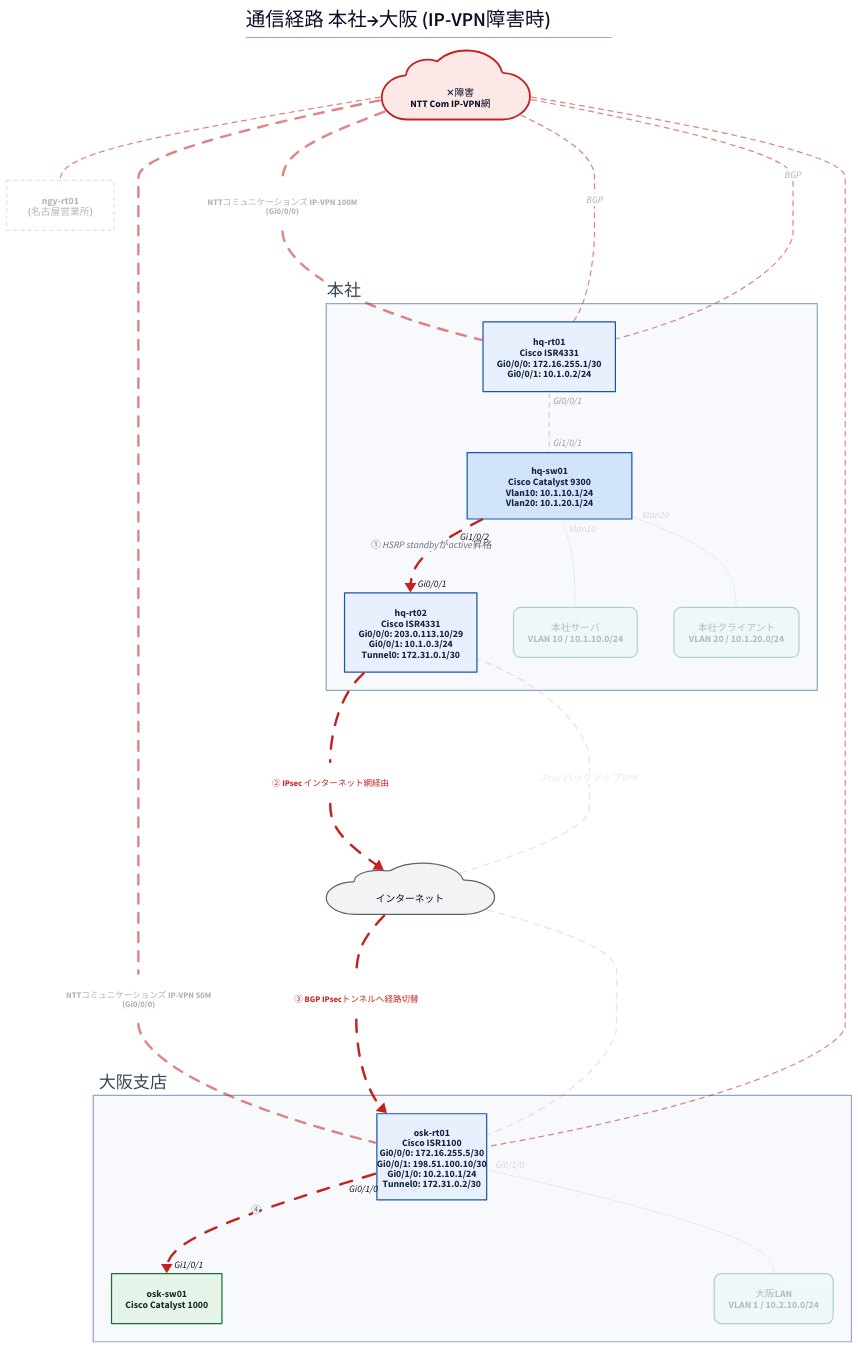
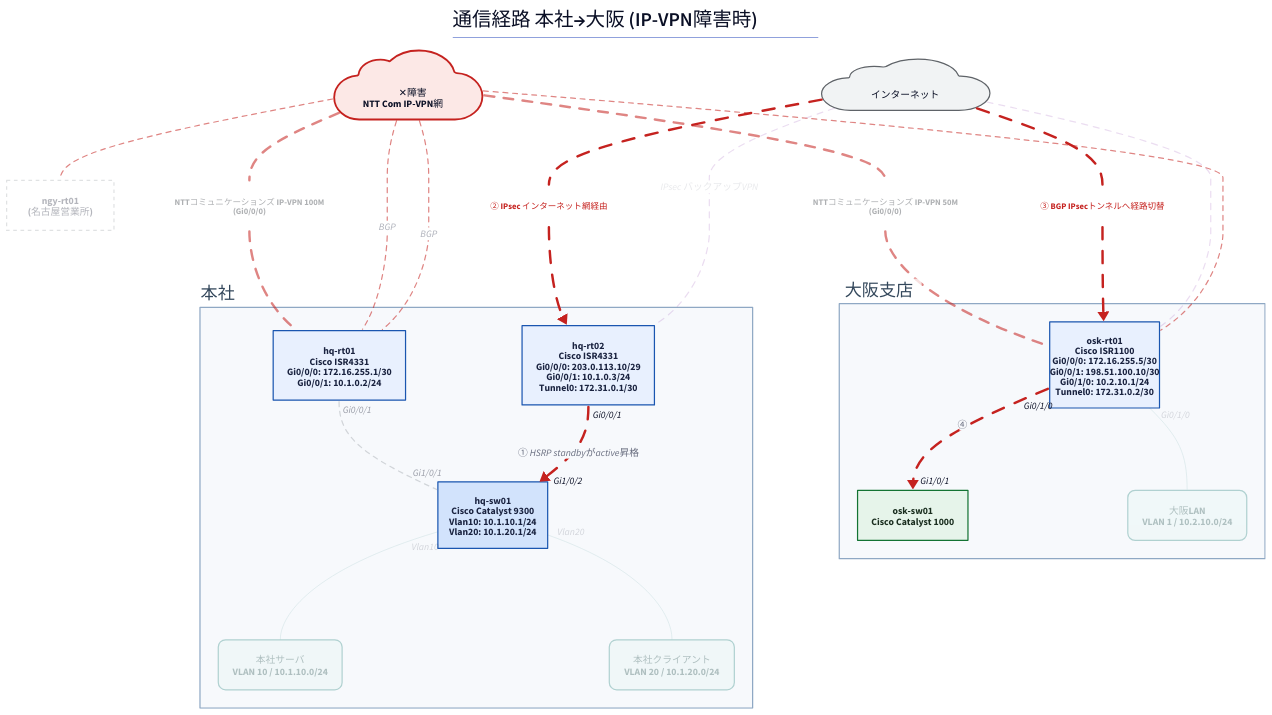
One commit to thinas1115/nwdsl changed the diagram in examples/sample-corp/generated/path-ipvpn-fail.d2. Above: the diagram before and after it, drawn with D2. The commit also changed 21 other files, not shown here.

First line of the commit message:
経路図の矢印反転がレイアウトの階層を壊す問題を修正

```diff
--- a/examples/sample-corp/generated/path-ipvpn-fail.d2
+++ b/examples/sample-corp/generated/path-ipvpn-fail.d2
@@ -1,70 +1,70 @@
 title: |md
   # 通信経路 本社→大阪 (IP-VPN障害時)
 | {near: top-center}
 direction: down
 
 classes: {
   role-router: {style.fill: "#e8f0fe"; style.stroke: "#1a56b0"; style.font-color: "#1a2340"}
   role-l3switch: {style.fill: "#d2e3fc"; style.stroke: "#1a56b0"; style.font-color: "#1a2340"}
   role-l2switch: {style.fill: "#e6f4ea"; style.stroke: "#137333"; style.font-color: "#1a2e1f"}
   role-firewall: {style.fill: "#fce8e6"; style.stroke: "#c5221f"; style.font-color: "#3c1a19"}
   role-other: {style.fill: "#f1f3f4"; style.stroke: "#5f6368"; style.font-color: "#202124"}
   node-cloud: {shape: cloud; style.fill: "#f1f3f4"; style.stroke: "#5f6368"}
   node-site: {style.fill: "#fff8e1"; style.stroke: "#b58105"; style.font-color: "#4a3a08"}
   node-segment: {style.fill: "#e2f5f0"; style.stroke: "#0f766e"; style.font-color: "#0b3d38"; style.border-radius: 12}
   node-external: {style.fill: "#ffffff"; style.stroke: "#9aa0a6"; style.stroke-dash: 3}
   group-site: {style.fill: "#f7f9fc"; style.stroke: "#8fa8c4"; style.font-color: "#33475b"}
   edge-label: {style.fill: "transparent"; style.stroke: "transparent"; style.font-size: 14; style.font-color: "#5f6368"; style.italic: true}
   edge-lan-cable: {style.stroke: "#4a4a4a"; style.stroke-width: 2}
   edge-wan-circuit: {style.stroke: "#1a73e8"; style.stroke-width: 4}
   edge-tunnel: {style.stroke: "#7b1fa2"; style.stroke-width: 2; style.stroke-dash: 5}
   edge-logical: {style.stroke: "#188038"; style.stroke-width: 2; style.stroke-dash: 3}
   edge-segment: {style.stroke: "#0f766e"; style.stroke-width: 1}
 }
 
 s_hq: "本社" {
   class: group-site
   label.near: outside-top-left
   n_hq_rt01: "hq-rt01\nCisco ISR4331\nGi0/0/0: 172.16.255.1/30\nGi0/0/1: 10.1.0.2/24" {class: role-router}
-  n_hq_sw01: "hq-sw01\nCisco Catalyst 9300\nVlan10: 10.1.10.1/24\nVlan20: 10.1.20.1/24" {class: role-l3switch; width: 270}
+  n_hq_sw01: "hq-sw01\nCisco Catalyst 9300\nVlan10: 10.1.10.1/24\nVlan20: 10.1.20.1/24" {class: role-l3switch; width: 180}
   n_hq_rt02: "hq-rt02\nCisco ISR4331\nGi0/0/0: 203.0.113.10/29\nGi0/0/1: 10.1.0.3/24\nTunnel0: 172.31.0.1/30" {class: role-router}
   n_seg__hq_server: "本社サーバ\nVLAN 10 / 10.1.10.0/24" {class: node-segment; style.opacity: 0.3}
   n_seg__hq_client: "本社クライアント\nVLAN 20 / 10.1.20.0/24" {class: node-segment; style.opacity: 0.3}
 }
 
 s_osk: "大阪支店" {
   class: group-site
   label.near: outside-top-left
   n_osk_rt01: "osk-rt01\nCisco ISR1100\nGi0/0/0: 172.16.255.5/30\nGi0/0/1: 198.51.100.10/30\nGi0/1/0: 10.2.10.1/24\nTunnel0: 172.31.0.2/30" {class: role-router; width: 180}
   n_osk_sw01: "osk-sw01\nCisco Catalyst 1000" {class: role-l2switch}
   n_seg__osk_lan: "大阪LAN\nVLAN 1 / 10.2.10.0/24" {class: node-segment; style.opacity: 0.3}
 }
 
 n_ipvpn: "　✕障害\nNTT Com IP-VPN網　" {class: node-cloud; style.stroke: "#c5221f"; style.fill: "#fce8e6"; style.stroke-width: 3}
 n_internet: "　インターネット　" {class: node-cloud}
 n_ngy_rt01: "ngy-rt01\n(名古屋営業所)" {class: node-external; style.opacity: 0.3}
 
 s_hq.n_hq_rt01 -- s_hq.n_hq_sw01 {class: edge-lan-cable; source-arrowhead.label: "Gi0/0/1"; target-arrowhead.label: "Gi1/0/1"; style.stroke: "#9aa0a6"; style.stroke-dash: 4; style.opacity: 0.4}
-s_hq.n_hq_sw01 -> s_hq.n_hq_rt02: "① HSRP standbyがactive昇格" {class: edge-lan-cable; source-arrowhead.label: "Gi1/0/2"; target-arrowhead.label: "Gi0/0/1"; style.stroke: "#c5221f"; style.stroke-width: 4; style.animated: true}
+s_hq.n_hq_rt02 -> s_hq.n_hq_sw01: "① HSRP standbyがactive昇格" {class: edge-lan-cable; source-arrowhead.label: "Gi0/0/1"; target-arrowhead.label: "Gi1/0/2"; style.stroke: "#c5221f"; style.stroke-width: 4; style.animated: true}
 s_osk.n_osk_rt01 -> s_osk.n_osk_sw01: "④" {class: edge-lan-cable; source-arrowhead.label: "Gi0/1/0"; target-arrowhead.label: "Gi1/0/1"; style.stroke: "#c5221f"; style.stroke-width: 4; style.animated: true}
 lbl_3: "NTTコミュニケーションズ IP-VPN 100M\n(Gi0/0/0)" {class: edge-label; style.opacity: 0.5}
 n_ipvpn -- lbl_3 {class: edge-wan-circuit; style.stroke: "#c5221f"; style.stroke-dash: 4; style.opacity: 0.55}
 lbl_3 -- s_hq.n_hq_rt01 {class: edge-wan-circuit; style.stroke: "#c5221f"; style.stroke-dash: 4; style.opacity: 0.55}
 lbl_4: "NTTコミュニケーションズ IP-VPN 50M\n(Gi0/0/0)" {class: edge-label; style.opacity: 0.5}
 n_ipvpn -- lbl_4 {class: edge-wan-circuit; style.stroke: "#c5221f"; style.stroke-dash: 4; style.opacity: 0.55}
 lbl_4 -- s_osk.n_osk_rt01 {class: edge-wan-circuit; style.stroke: "#c5221f"; style.stroke-dash: 4; style.opacity: 0.55}
 lbl_5: "② IPsec インターネット網経由" {class: edge-label; style.font-color: "#c5221f"; style.bold: true}
-s_hq.n_hq_rt02 -- lbl_5 {class: edge-wan-circuit; style.stroke: "#c5221f"; style.stroke-width: 4; style.animated: true}
-lbl_5 -> n_internet {class: edge-wan-circuit; style.stroke: "#c5221f"; style.stroke-width: 4; style.animated: true}
+n_internet -- lbl_5 {class: edge-wan-circuit; style.stroke: "#c5221f"; style.stroke-width: 4; style.animated: true}
+lbl_5 -> s_hq.n_hq_rt02 {class: edge-wan-circuit; style.stroke: "#c5221f"; style.stroke-width: 4; style.animated: true}
 lbl_6: "③ BGP IPsecトンネルへ経路切替" {class: edge-label; style.font-color: "#c5221f"; style.bold: true}
 n_internet -- lbl_6 {class: edge-wan-circuit; style.stroke: "#c5221f"; style.stroke-width: 4; style.animated: true}
 lbl_6 -> s_osk.n_osk_rt01 {class: edge-wan-circuit; style.stroke: "#c5221f"; style.stroke-width: 4; style.animated: true}
 n_internet -- s_hq.n_hq_rt02: "IPsec バックアップVPN" {class: edge-tunnel; style.opacity: 0.15}
 n_internet -- s_osk.n_osk_rt01 {class: edge-tunnel; style.opacity: 0.15}
 n_ipvpn -- s_hq.n_hq_rt01: "BGP" {class: edge-logical; style.stroke: "#c5221f"; style.stroke-dash: 4; style.opacity: 0.55}
 n_ipvpn -- s_osk.n_osk_rt01 {class: edge-logical; style.stroke: "#c5221f"; style.stroke-dash: 4; style.opacity: 0.55}
 n_ipvpn -- s_hq.n_hq_rt01: "BGP" {class: edge-logical; style.stroke: "#c5221f"; style.stroke-dash: 4; style.opacity: 0.55}
 n_ipvpn -- n_ngy_rt01 {class: edge-logical; style.stroke: "#c5221f"; style.stroke-dash: 4; style.opacity: 0.55}
 s_hq.n_hq_sw01 -- s_hq.n_seg__hq_server {class: edge-segment; source-arrowhead.label: "Vlan10"; style.opacity: 0.15}
 s_hq.n_hq_sw01 -- s_hq.n_seg__hq_client {class: edge-segment; source-arrowhead.label: "Vlan20"; style.opacity: 0.15}
 s_osk.n_osk_rt01 -- s_osk.n_seg__osk_lan {class: edge-segment; source-arrowhead.label: "Gi0/1/0"; style.opacity: 0.15}
```
